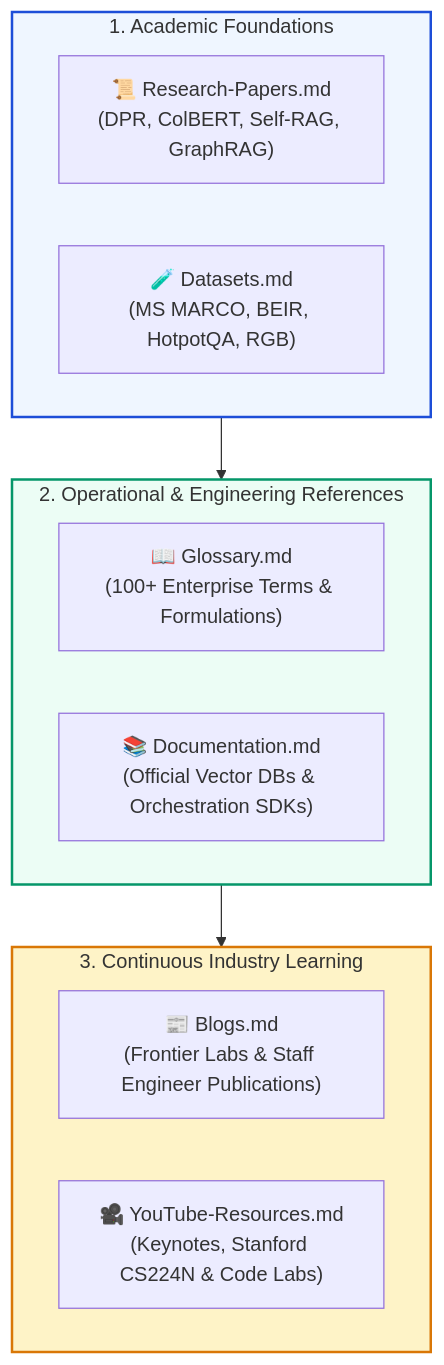
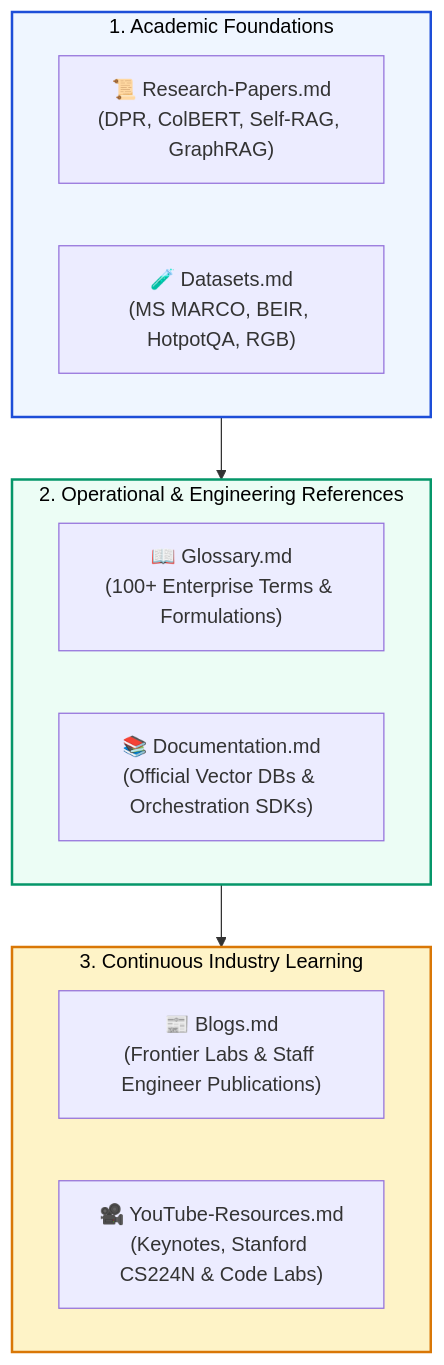
One commit to swapnil3104/RAG-Engineering changed the first of 4 diagrams in 12-Resources/README.md. Above: the diagram before and after it, drawn with Mermaid. The commit also changed other lines of this file and 108 other files, not shown here.

Commit message:
fix: make chart text visible across all Mermaid diagrams and resolve markdown table formatting issues

````diff
--- a/12-Resources/README.md
+++ b/12-Resources/README.md
@@ -22,23 +22,23 @@
 ```mermaid
 flowchart TD
     subgraph AcademicLayer ["1. Academic Foundations"]
         RP["📜 Research-Papers.md<br/>(DPR, ColBERT, Self-RAG, GraphRAG)"]
         DS["🧪 Datasets.md<br/>(MS MARCO, BEIR, HotpotQA, RGB)"]
     end
 
     subgraph OperationalLayer ["2. Operational & Engineering References"]
         GL["📖 Glossary.md<br/>(100+ Enterprise Terms & Formulations)"]
         DOC["📚 Documentation.md<br/>(Official Vector DBs & Orchestration SDKs)"]
     end
 
     subgraph ContinuousLayer ["3. Continuous Industry Learning"]
         BL["📰 Blogs.md<br/>(Frontier Labs & Staff Engineer Publications)"]
         YT["🎥 YouTube-Resources.md<br/>(Keynotes, Stanford CS224N & Code Labs)"]
     end
 
     AcademicLayer --> OperationalLayer --> ContinuousLayer
 
-    style AcademicLayer fill:#eff6ff,stroke:#1d4ed8,stroke-width:2px
-    style OperationalLayer fill:#ecfdf5,stroke:#059669,stroke-width:2px
-    style ContinuousLayer fill:#fef3c7,stroke:#d97706,stroke-width:2px
+    style AcademicLayer fill:#eff6ff,stroke:#1d4ed8,stroke-width:2px,color:#000000
+    style OperationalLayer fill:#ecfdf5,stroke:#059669,stroke-width:2px,color:#000000
+    style ContinuousLayer fill:#fef3c7,stroke:#d97706,stroke-width:2px,color:#000000
 ```
````
